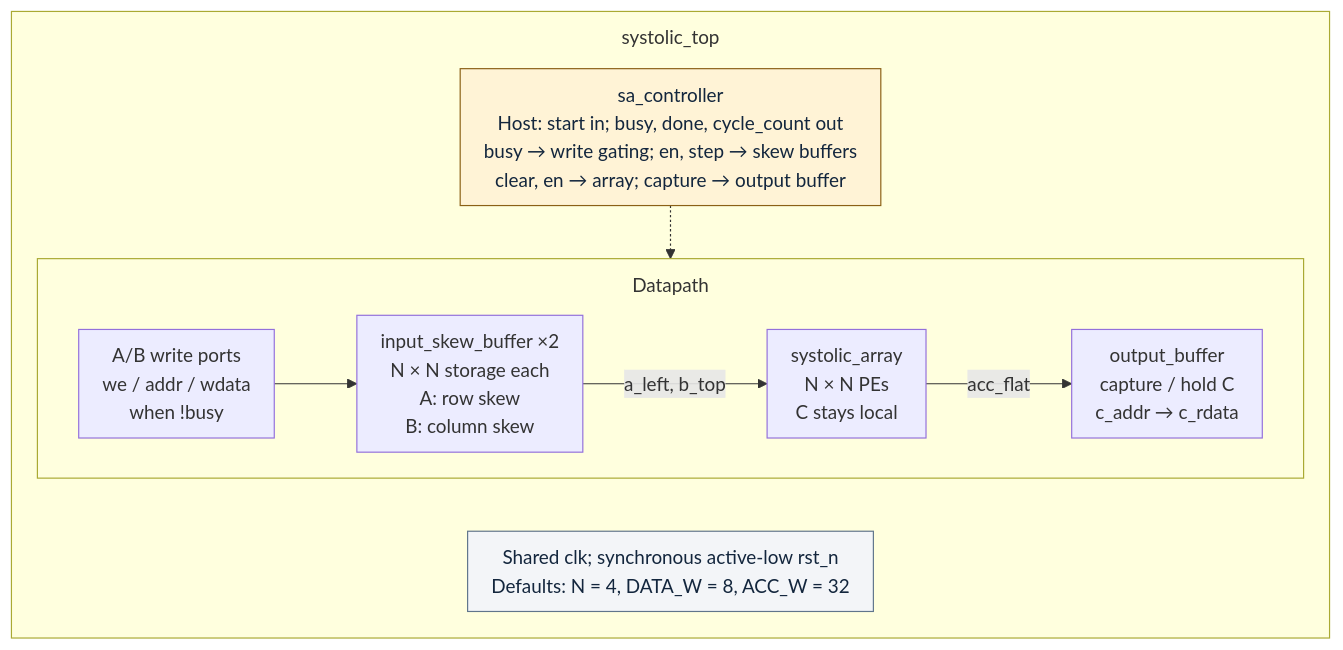
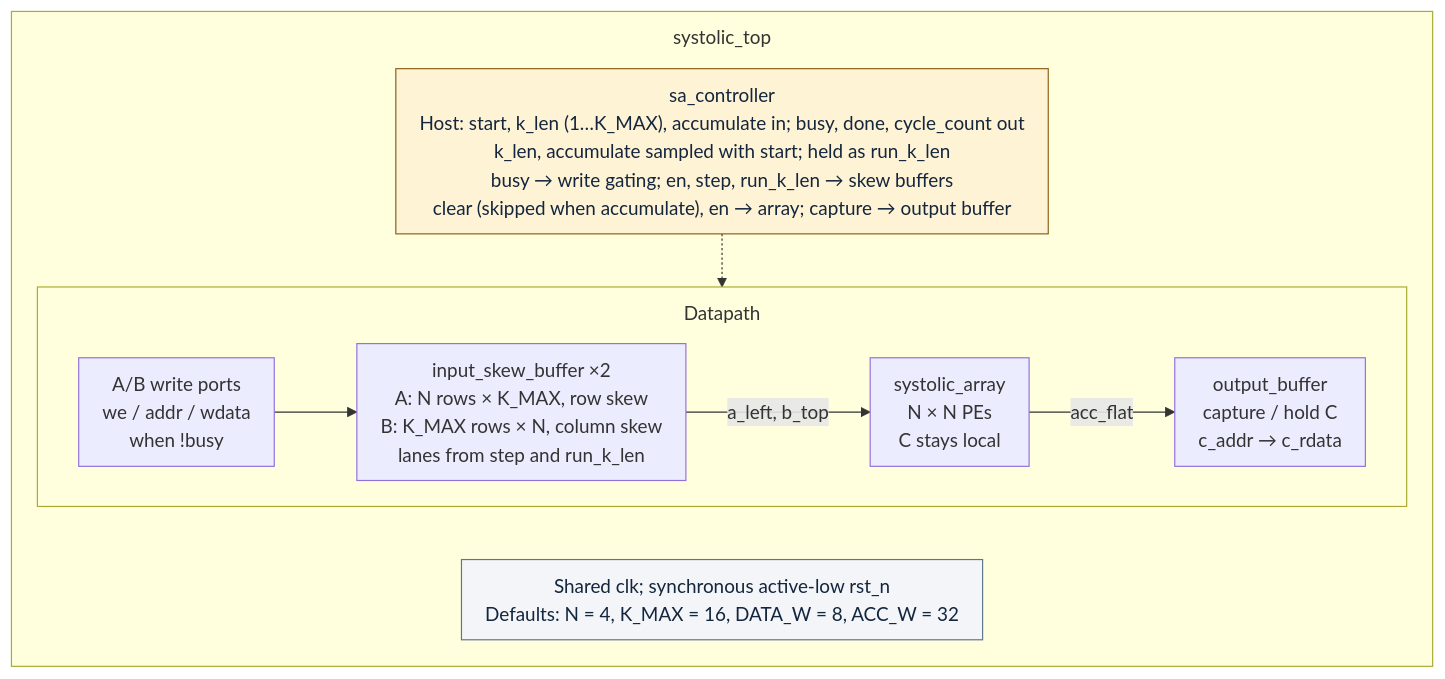
Before and after one commit to vks-g/systolic-matmul-accelerator: the diagram in docs/architecture/src/system.mmd, drawn with Mermaid.

Commit message:
docs(architecture): add k_len and accumulate to the system diagram
Updated the system architecture diagram to include run-time inner length and accumulate features, along with changes to the sa_controller and input skew buffer descriptions.

```diff
--- a/docs/architecture/src/system.mmd
+++ b/docs/architecture/src/system.mmd
@@ -1,37 +1,37 @@
 ---
 config:
   themeCSS: ".edgeLabel .label { transform: translateY(-30px); }"
   flowchart:
     nodeSpacing: 24
     rankSpacing: 20
     padding: 10
     wrappingWidth: 600
     subGraphTitleMargin:
       top: 10
       bottom: 16
 ---
 flowchart TB
-  accTitle: System architecture — output-stationary matrix multiplication
-  accDescr: The systolic_top host write ports load two input_skew_buffer instances only while busy is low. A storage and row skew and B storage and column skew feed the N by N systolic_array. Each PE retains its result. The output_buffer captures all accumulators and serves the host read port. Above the datapath, sa_controller accepts start, returns busy, done and cycle_count, and drives the listed control signals.
+  accTitle: System architecture — output-stationary matrix multiplication with run-time inner length and accumulate
+  accDescr: The systolic_top host write ports load two input_skew_buffer instances only while busy is low. A storage and row skew and B storage and column skew feed the N by N systolic_array. Each PE retains its result. The output_buffer captures all accumulators and serves the host read port. Above the datapath, sa_controller samples k_len and accumulate with start, returns busy, done and cycle_count, and drives the listed control signals. An accumulate run skips the clear, so the tile adds onto the previous result.
 
   subgraph top["systolic_top"]
     direction TB
-    ctrl["sa_controller<br/>Host: start in; busy, done, cycle_count out<br/>busy → write gating; en, step → skew buffers<br/>clear, en → array; capture → output buffer"]
+    ctrl["sa_controller<br/>Host: start, k_len (1…K_MAX), accumulate in; busy, done, cycle_count out<br/>k_len, accumulate sampled with start; held as run_k_len<br/>busy → write gating; en, step, run_k_len → skew buffers<br/>clear (skipped when accumulate), en → array; capture → output buffer"]
     subgraph datapath["Datapath"]
       direction LR
       wr["A/B write ports<br/>we / addr / wdata<br/>when !busy"]
-      buffers["input_skew_buffer ×2<br/>N × N storage each<br/>A: row skew<br/>B: column skew"]
+      buffers["input_skew_buffer ×2<br/>A: N rows × K_MAX, row skew<br/>B: K_MAX rows × N, column skew<br/>lanes from step and run_k_len"]
       arr["systolic_array<br/>N × N PEs<br/>C stays local"]
       obuf["output_buffer<br/>capture / hold C<br/>c_addr → c_rdata"]
       wr --> buffers
       buffers -->|"a_left, b_top"| arr
       arr -->|"acc_flat"| obuf
     end
     ctrl -.-> datapath
-    shared["Shared clk; synchronous active-low rst_n<br/>Defaults: N = 4, DATA_W = 8, ACC_W = 32"]
+    shared["Shared clk; synchronous active-low rst_n<br/>Defaults: N = 4, K_MAX = 16, DATA_W = 8, ACC_W = 32"]
     datapath ~~~ shared
   end
   classDef control fill:#fff3d6,stroke:#8b6016,color:#13263d
   classDef note fill:#f3f5f8,stroke:#60758b,color:#13263d
   class ctrl control
   class shared note
```
